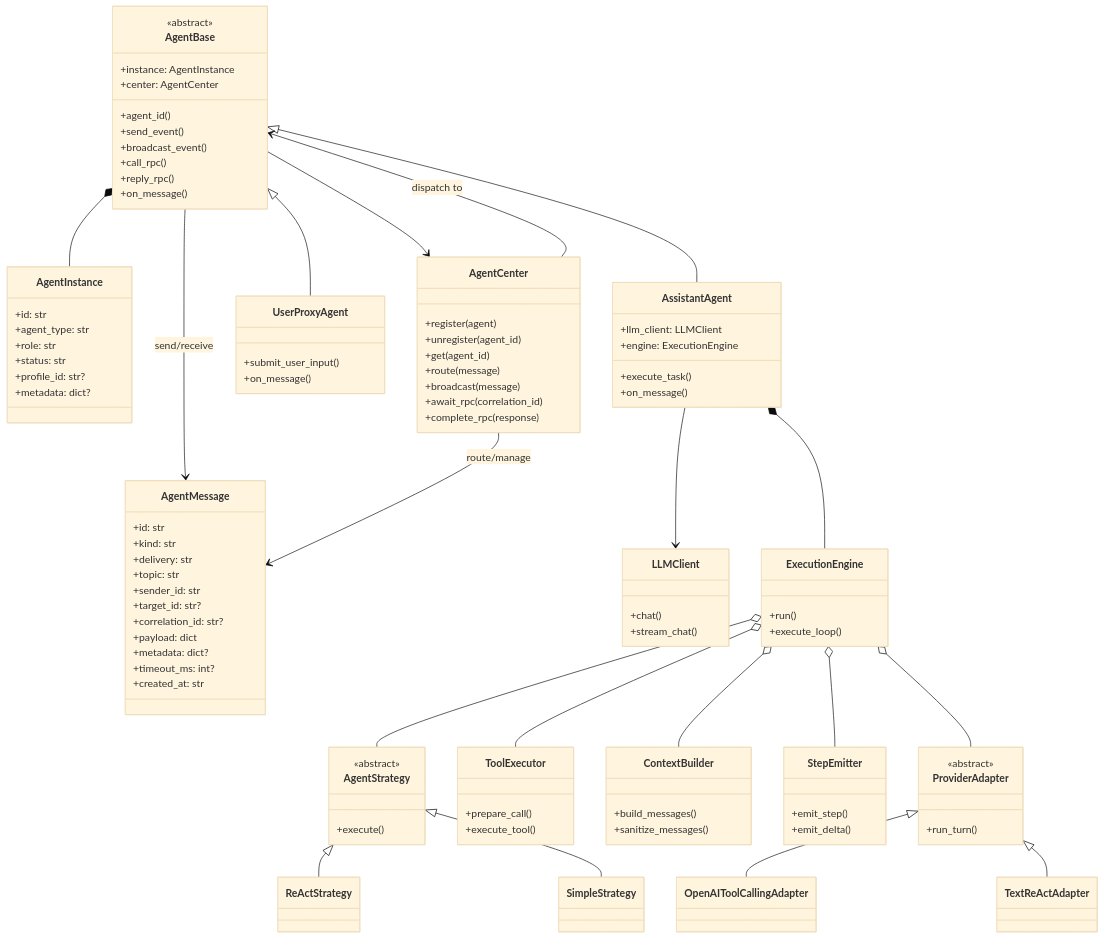
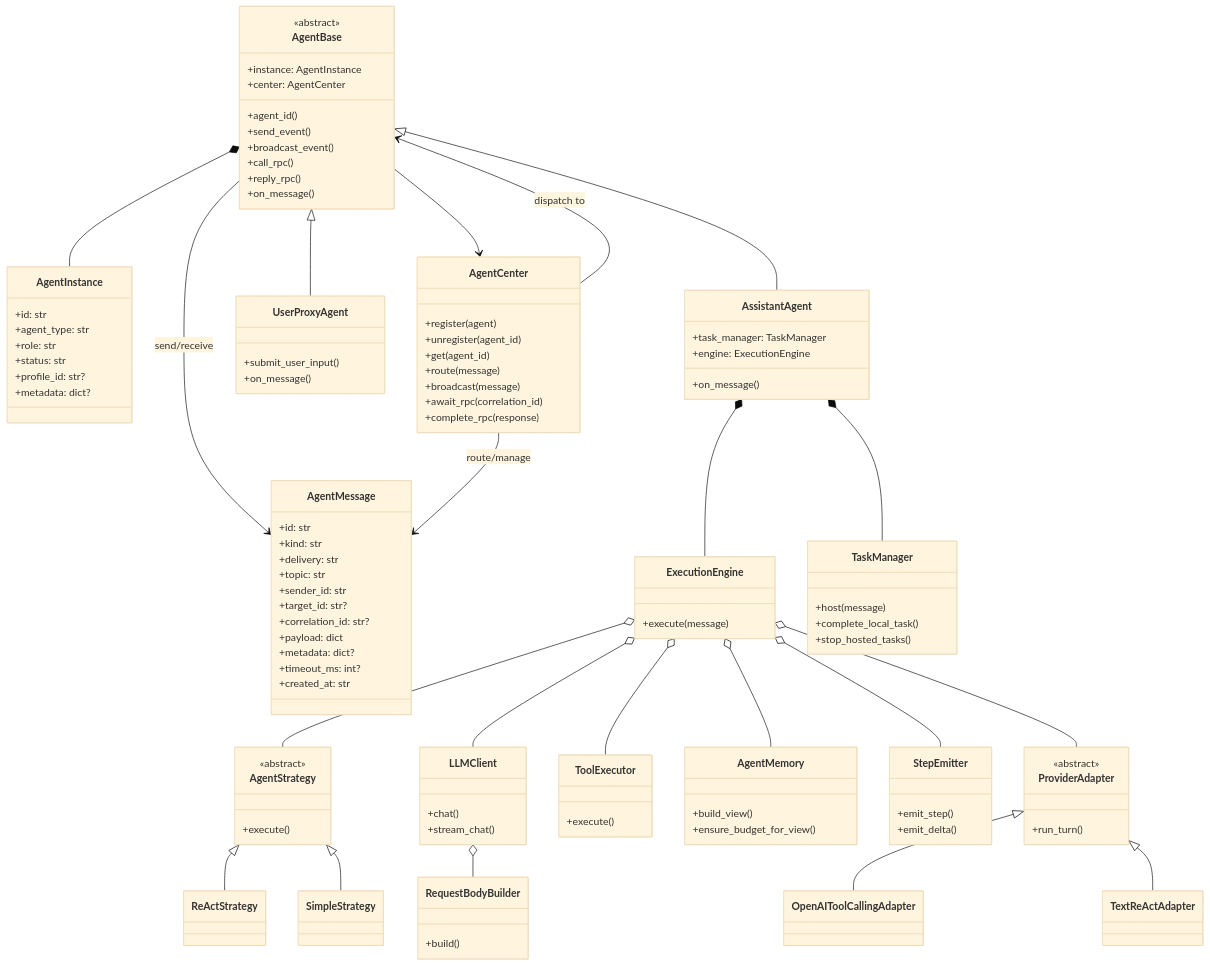
The first of 2 diagrams in tauri-agent-next/docs/agent-message-center-design.md (TonyXieXie/AgentPractice), drawn with Mermaid (base theme) before and after one commit. The commit also changed other lines of this file and 48 other files, not shown here.

```diff
--- a/tauri-agent-next/docs/agent-message-center-design.md
+++ b/tauri-agent-next/docs/agent-message-center-design.md
@@ -513,9 +513,8 @@
 }
 
 class AssistantAgent {
-  +llm_client: LLMClient
+  +task_manager: TaskManager
   +engine: ExecutionEngine
-  +execute_task()
   +on_message()
 }
 
@@ -540,8 +539,7 @@
 }
 
 class ExecutionEngine {
-  +run()
-  +execute_loop()
+  +execute(message)
 }
 
 class AgentStrategy {
@@ -553,13 +551,22 @@
 class SimpleStrategy
 
 class ToolExecutor {
-  +prepare_call()
-  +execute_tool()
+  +execute()
 }
 
-class ContextBuilder {
-  +build_messages()
-  +sanitize_messages()
+class TaskManager {
+  +host(message)
+  +complete_local_task()
+  +stop_hosted_tasks()
+}
+
+class AgentMemory {
+  +build_view()
+  +ensure_budget_for_view()
+}
+
+class RequestBodyBuilder {
+  +build()
 }
 
 class StepEmitter {
@@ -583,14 +590,16 @@
 AgentCenter --> AgentMessage : route/manage
 AgentCenter --> AgentBase : dispatch to
 
-AssistantAgent --> LLMClient
 AssistantAgent *-- ExecutionEngine
+AssistantAgent *-- TaskManager
 
 ExecutionEngine o-- AgentStrategy
 ExecutionEngine o-- ToolExecutor
-ExecutionEngine o-- ContextBuilder
+ExecutionEngine o-- AgentMemory
+ExecutionEngine o-- LLMClient
 ExecutionEngine o-- StepEmitter
 ExecutionEngine o-- ProviderAdapter
+LLMClient o-- RequestBodyBuilder
 
 AgentStrategy <|-- ReActStrategy
 AgentStrategy <|-- SimpleStrategy
```
